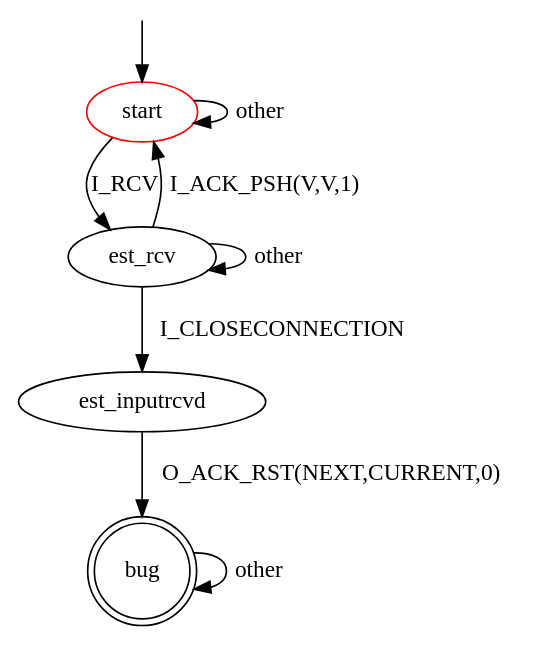
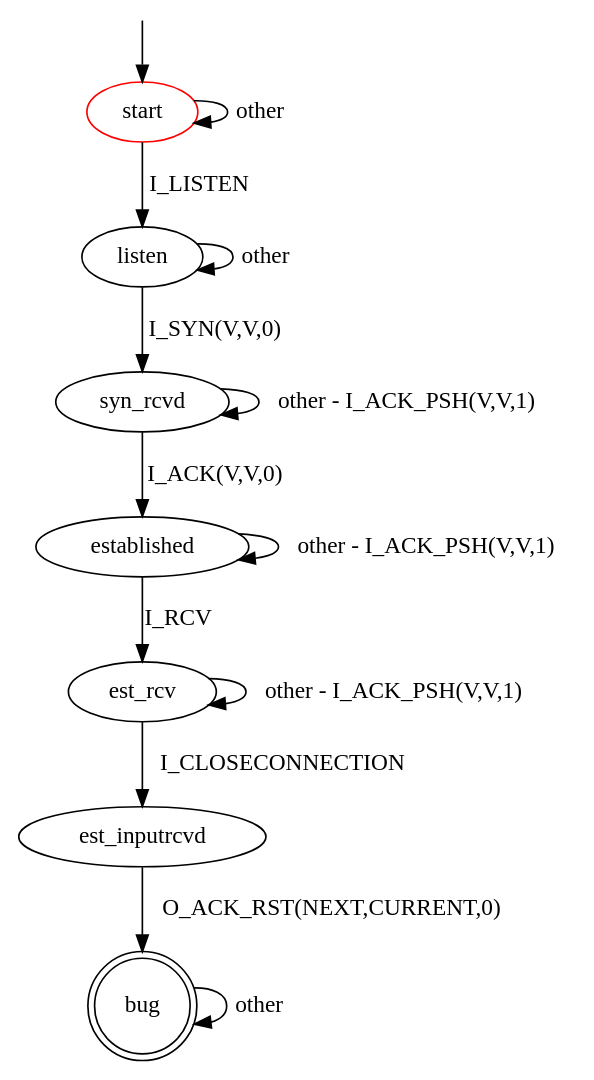
Before and after one commit to assist-project/state-machine-bug-finder: the diagram in src/main/resources/patterns/tcp/server/unexpected_rst.dot, drawn with Graphviz. The commit also changed 3 other files, not shown here.

```diff
--- a/src/main/resources/patterns/tcp/server/unexpected_rst.dot
+++ b/src/main/resources/patterns/tcp/server/unexpected_rst.dot
@@ -1,17 +1,22 @@
 digraph G {
 label=""
 start [color="red"]
 bug [shape="doublecircle"]
 
-start -> est_rcv [label="I_RCV"]
 start -> start [label="other"]
-est_rcv -> start [label="I_ACK_PSH(V,V,1)"]
-est_rcv -> est_rcv [label="other"]
+start -> listen [label="I_LISTEN"]
+listen -> listen [label="other"]
+listen -> syn_rcvd [label="I_SYN(V,V,0)"]
+syn_rcvd -> syn_rcvd [label="other - I_ACK_PSH(V,V,1)"]
+syn_rcvd -> established [label="I_ACK(V,V,0)"]
+established -> established [label="other - I_ACK_PSH(V,V,1)"]
+established -> est_rcv [label="I_RCV"]
+est_rcv -> est_rcv [label="other - I_ACK_PSH(V,V,1)"]
 est_rcv -> est_inputrcvd [label="I_CLOSECONNECTION"]
 est_inputrcvd -> bug [label="O_ACK_RST(NEXT,CURRENT,0)"]
 
 bug -> bug [label="other"]
 
 __start0 [label="" shape="none" width="0" height="0"];
 __start0 -> start;
 }
```
